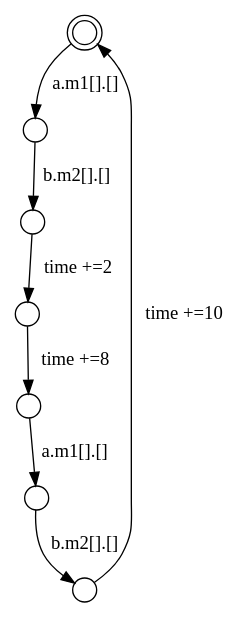
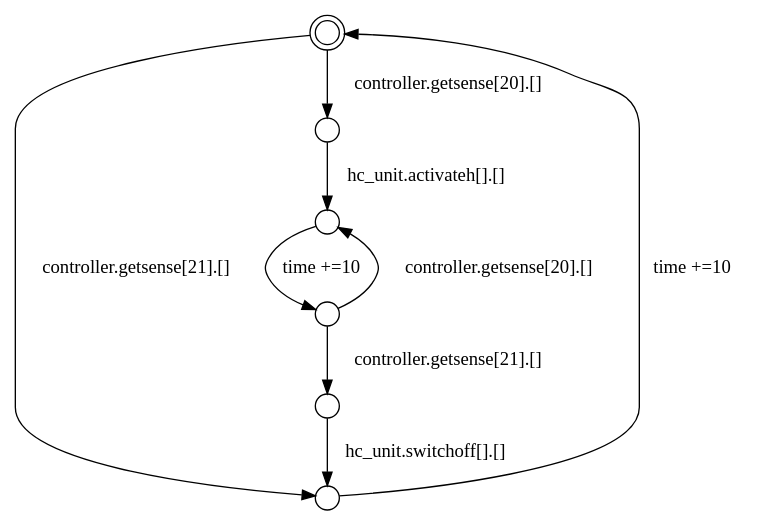
The diagram in Automate/new.dot (AliAtaollahi/Tinification), drawn with Graphviz before and after one commit. The commit also changed 10 other files, not shown here.

```diff
--- a/Automate/new.dot
+++ b/Automate/new.dot
@@ -1,21 +1,21 @@
 digraph G {
 center = TRUE;
 mclimit = 10.0;
 nodesep = 0.05;
 node [ width=0.25, height=0.25, label="" ];
-S6 [ peripheries=2 ];
+S0 [ peripheries=2 ];
 S0
 S1
 S2
 S3
 S4
 S5
-S6
-S6 -> S4[label="a.m1[].[]"];
-S0 -> S5[label="a.m1[].[]"];
-S5 -> S1[label="b.m2[].[]"];
-S4 -> S3[label="b.m2[].[]"];
-S3 -> S2[label="time +=2"];
-S2 -> S0[label="time +=8"];
-S1 -> S6[label="time +=10"];
+S4 -> S5[label="controller.getsense[20].[]"];
+S4 -> S2[label="controller.getsense[21].[]"];
+S0 -> S3[label="controller.getsense[20].[]"];
+S0 -> S1[label="controller.getsense[21].[]"];
+S3 -> S5[label="hc_unit.activateh[].[]"];
+S2 -> S1[label="hc_unit.switchoff[].[]"];
+S5 -> S4[label="time +=10"];
+S1 -> S0[label="time +=10"];
 }
```
